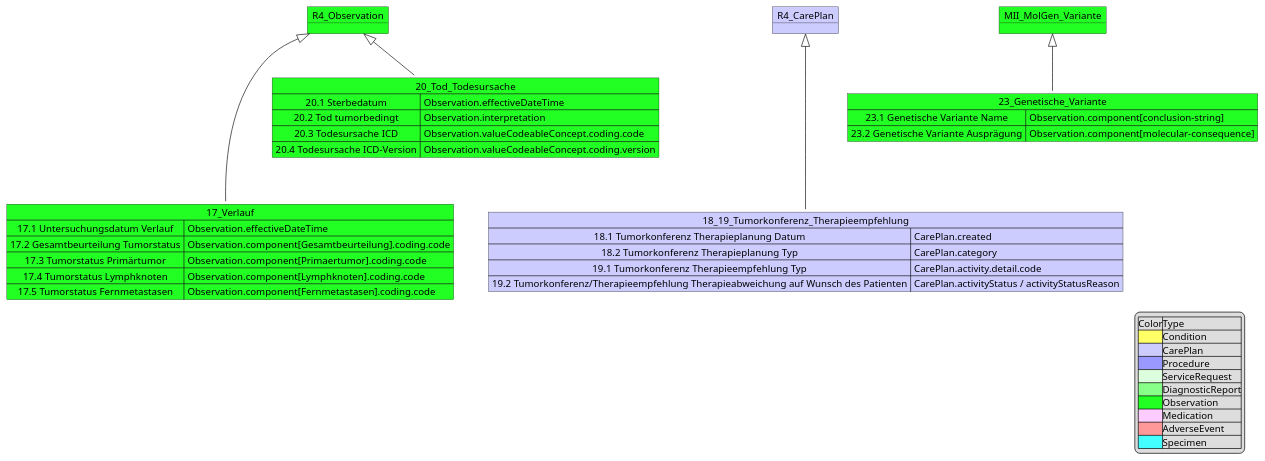
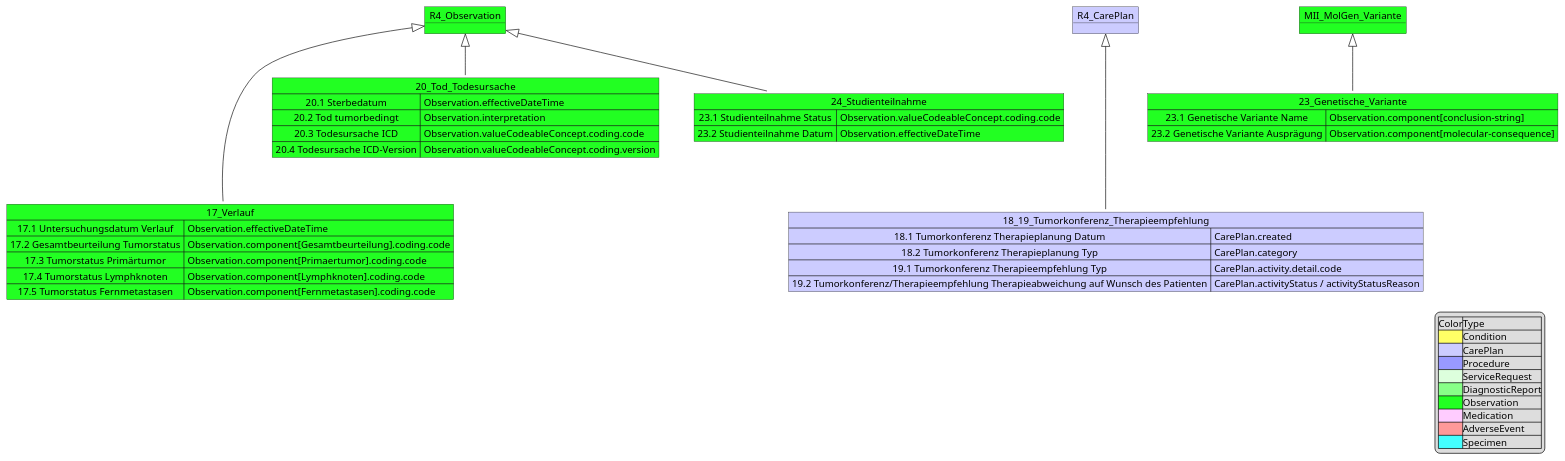
The diagram in input/images-source/MII_Onko_17-20_23_Others.pu (medizininformatik-initiative/kerndatensatzmodul-onkologie), drawn with PlantUML before and after one commit.

Commit message:
added studienteilnahme

```diff
--- a/input/images-source/MII_Onko_17-20_23_Others.pu
+++ b/input/images-source/MII_Onko_17-20_23_Others.pu
@@ -1,51 +1,59 @@
 @startuml MII_Onko_17-20_23_Others
 object R4_Observation #22FF22
 Map 17_Verlauf #22FF22{
     17.1 Untersuchungsdatum Verlauf => Observation.effectiveDateTime
     17.2 Gesamtbeurteilung Tumorstatus => Observation.component[Gesamtbeurteilung].coding.code
     17.3 Tumorstatus Primärtumor => Observation.component[Primaertumor].coding.code
     17.4 Tumorstatus Lymphknoten => Observation.component[Lymphknoten].coding.code
     17.5 Tumorstatus Fernmetastasen => Observation.component[Fernmetastasen].coding.code
 
 }
 R4_Observation <|-down-- 17_Verlauf
 
 object R4_CarePlan #CCCCFF
 Map 18_19_Tumorkonferenz_Therapieempfehlung #CCCCFF{
     18.1 Tumorkonferenz Therapieplanung Datum => CarePlan.created
     18.2 Tumorkonferenz Therapieplanung Typ => CarePlan.category
     19.1 Tumorkonferenz Therapieempfehlung Typ => CarePlan.activity.detail.code
     19.2 Tumorkonferenz/Therapieempfehlung Therapieabweichung auf Wunsch des Patienten => CarePlan.activityStatus / activityStatusReason
 }
 R4_CarePlan <|-down-- 18_19_Tumorkonferenz_Therapieempfehlung
 
 Map 20_Tod_Todesursache #22FF22 {
  20.1 Sterbedatum => Observation.effectiveDateTime 
  20.2 Tod tumorbedingt => Observation.interpretation
  20.3 Todesursache ICD  => Observation.valueCodeableConcept.coding.code
  20.4 Todesursache ICD-Version => Observation.valueCodeableConcept.coding.version
  } 
 R4_Observation <|-down- 20_Tod_Todesursache
 
 object MII_MolGen_Variante #22FF22
 Map 23_Genetische_Variante #22FF22 {
     23.1 Genetische Variante Name => Observation.component[conclusion-string]
     23.2 Genetische Variante Ausprägung => Observation.component[molecular-consequence]
 }
+MII_MolGen_Variante <|-down- 23_Genetische_Variante
 
-MII_MolGen_Variante <|-down- 23_Genetische_Variante
+
+Map 24_Studienteilnahme #22FF22 {
+    23.1 Studienteilnahme Status => Observation.valueCodeableConcept.coding.code
+    23.2 Studienteilnahme Datum => Observation.effectiveDateTime
+}
+R4_Observation <|-down- 24_Studienteilnahme
+
+
 
 legend right 
 |Color|Type|
 |<#FFFF66>|Condition|
 |<#CCCCFF>|CarePlan|
 |<#9999FF>|Procedure|
 |<#DDFFDD>|ServiceRequest|
 |<#88FF88>|DiagnosticReport|
 |<#22FF22>|Observation|
 |<#FFCCFF>|Medication|
 |<#FF9999>|AdverseEvent|
 |<#44FFFF>|Specimen|
 endlegend
 
 @enduml
```
